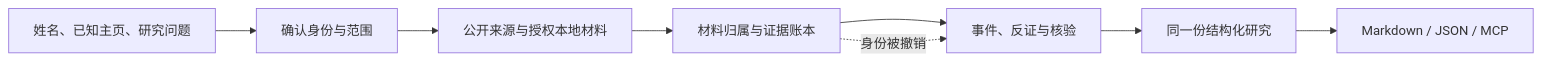
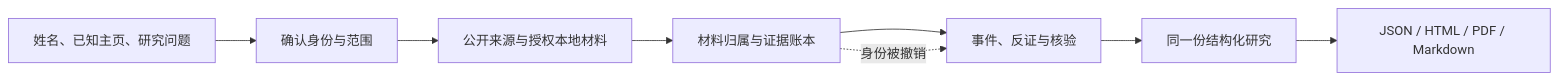
The diagram in README.md (cubxxw/StripSearch), drawn with Mermaid before and after one commit. The commit also changed other lines of this file and 58 other files, not shown here.

````diff
--- a/README.md
+++ b/README.md
@@ -47,10 +47,10 @@
 ```mermaid
 flowchart LR
   A["姓名、已知主页、研究问题"] --> B["确认身份与范围"]
   B --> C["公开来源与授权本地材料"]
   C --> D["材料归属与证据账本"]
   D --> E["事件、反证与核验"]
   E --> F["同一份结构化研究"]
-  F --> G["Markdown / JSON / MCP"]
+  F --> G["JSON / HTML / PDF / Markdown"]
   D -. "身份被撤销" .-> E
 ```
````
